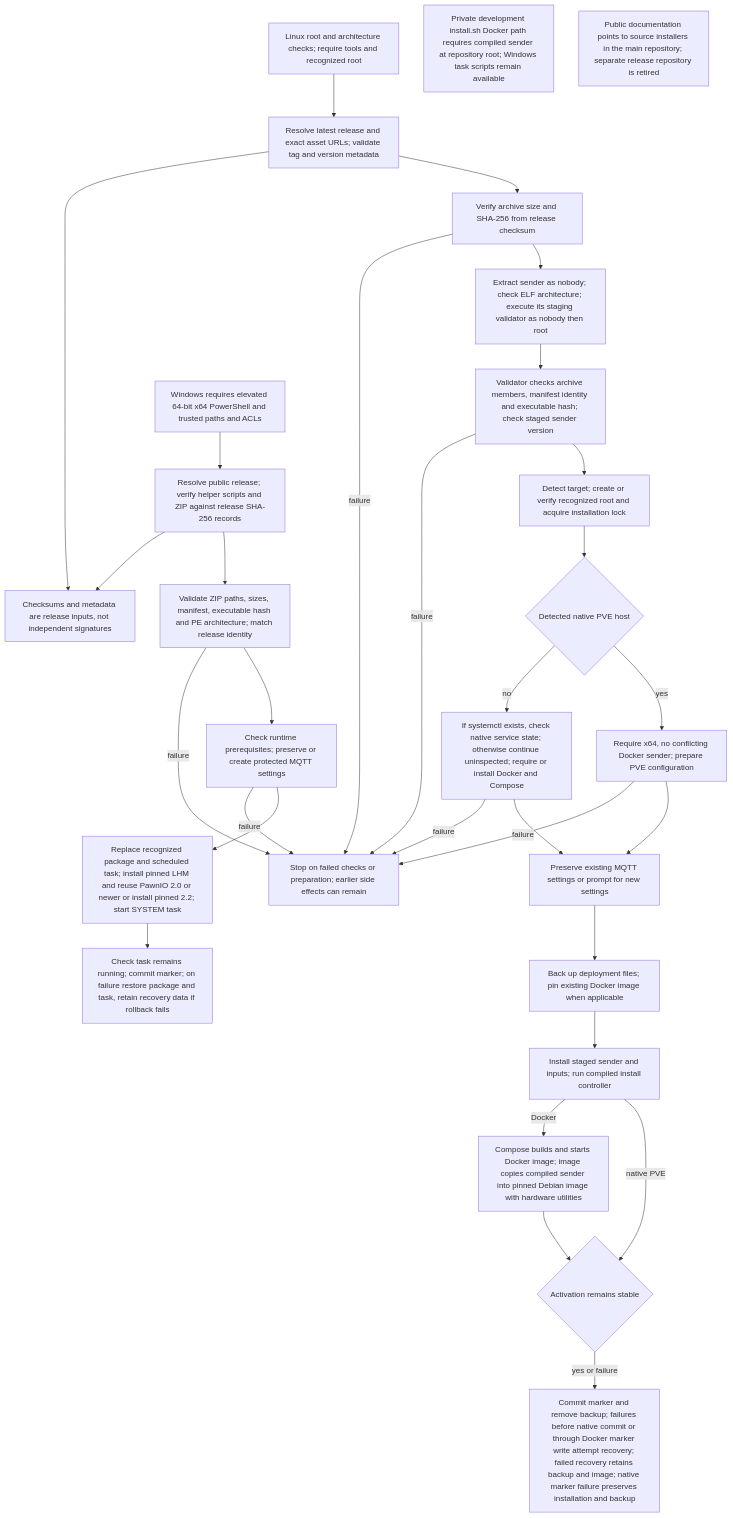
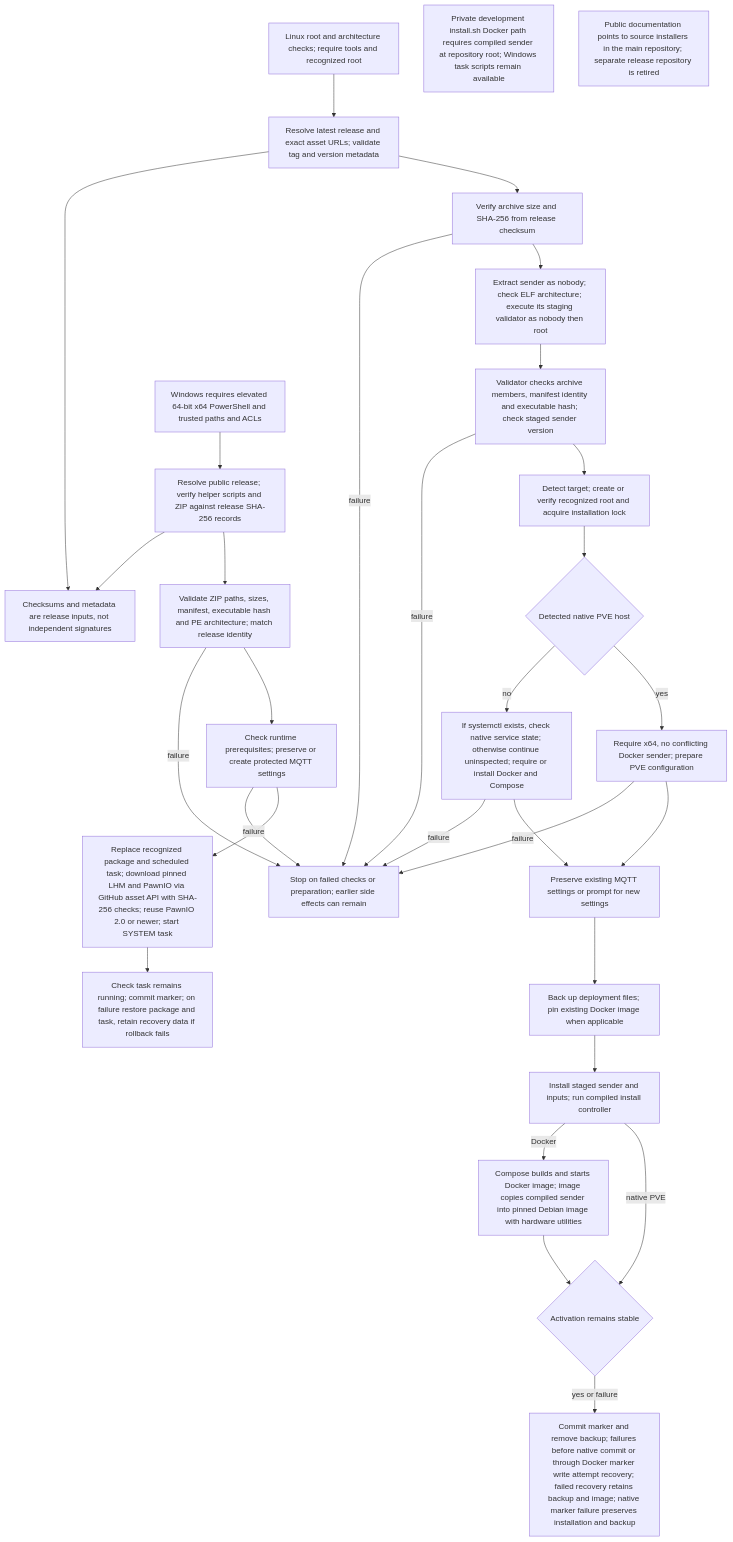
One commit to KarlSideProjects/hwmonitor-mqtt changed the diagram in docs/flows/sender.distribution.mmd. Above: the diagram before and after it, drawn with Mermaid. The commit also changed 5 other files, not shown here.

Commit message:
WIP: fetch Windows hardware dependencies from asset API

```diff
--- a/docs/flows/sender.distribution.mmd
+++ b/docs/flows/sender.distribution.mmd
@@ -1,55 +1,55 @@
 flowchart TD
     A["Linux root and architecture checks; require tools and recognized root"]
     B["Resolve latest release and exact asset URLs; validate tag and version metadata"]
     C["Verify archive size and SHA-256 from release checksum"]
     D["Extract sender as nobody; check ELF architecture; execute its staging validator as nobody then root"]
     E["Validator checks archive members, manifest identity and executable hash; check staged sender version"]
     F{"Detected native PVE host"}
     G["Require x64, no conflicting Docker sender; prepare PVE configuration"]
     H["If systemctl exists, check native service state; otherwise continue uninspected; require or install Docker and Compose"]
     I["Preserve existing MQTT settings or prompt for new settings"]
     J["Back up deployment files; pin existing Docker image when applicable"]
     K["Install staged sender and inputs; run compiled install controller"]
     L{"Activation remains stable"}
     M["Commit marker and remove backup; failures before native commit or through Docker marker write attempt recovery; failed recovery retains backup and image; native marker failure preserves installation and backup"]
     N["Windows requires elevated 64-bit x64 PowerShell and trusted paths and ACLs"]
     O["Resolve public release; verify helper scripts and ZIP against release SHA-256 records"]
     P["Validate ZIP paths, sizes, manifest, executable hash and PE architecture; match release identity"]
     Q["Check runtime prerequisites; preserve or create protected MQTT settings"]
-    R["Replace recognized package and scheduled task; install pinned LHM and reuse PawnIO 2.0 or newer or install pinned 2.2; start SYSTEM task"]
+    R["Replace recognized package and scheduled task; download pinned LHM and PawnIO via GitHub asset API with SHA-256 checks; reuse PawnIO 2.0 or newer; start SYSTEM task"]
     S["Check task remains running; commit marker; on failure restore package and task, retain recovery data if rollback fails"]
     T["Compose builds and starts Docker image; image copies compiled sender into pinned Debian image with hardware utilities"]
     U["Private development install.sh Docker path requires compiled sender at repository root; Windows task scripts remain available"]
     V["Public documentation points to source installers in the main repository; separate release repository is retired"]
     W["Checksums and metadata are release inputs, not independent signatures"]
     X["Stop on failed checks or preparation; earlier side effects can remain"]
     Y["Detect target; create or verify recognized root and acquire installation lock"]
     A --> B
     B --> C
     C --> D
     D --> E
     E --> Y
     Y --> F
     F -->|yes| G
     G --> I
     F -->|no| H
     H --> I
     I --> J
     J --> K
     K -->|native PVE| L
     K -->|Docker| T
     T --> L
     L -->|yes or failure| M
     N --> O
     O --> P
     P --> Q
     Q --> R
     R --> S
     B --> W
     O --> W
     C -->|failure| X
     E -->|failure| X
     G -->|failure| X
     H -->|failure| X
     P -->|failure| X
     Q -->|failure| X
```
